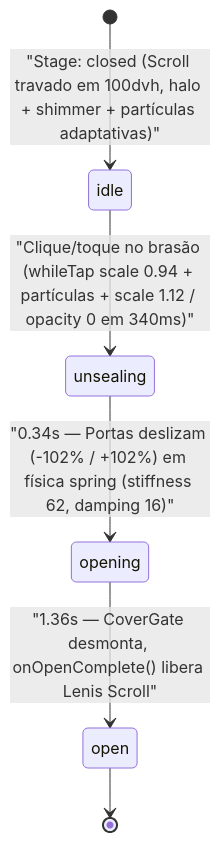
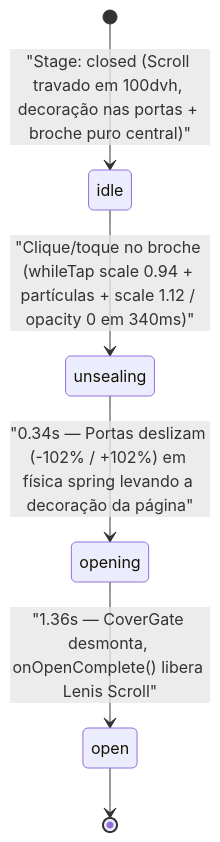
One commit to gomeslxy/carol-convite changed the diagram in Docs/02-envelope-3d-e-animacoes.md. Above: the diagram before and after it, drawn with Mermaid. The commit also changed other lines of this file and 10 other files, not shown here.

````diff
--- a/Docs/02-envelope-3d-e-animacoes.md
+++ b/Docs/02-envelope-3d-e-animacoes.md
@@ -34,8 +34,8 @@
 ```mermaid
 stateDiagram-v2
-    [*] --> idle : "Stage: closed (Scroll travado em 100dvh, halo + shimmer + partículas adaptativas)"
-    idle --> unsealing : "Clique/toque no brasão (whileTap scale 0.94 + partículas + scale 1.12 / opacity 0 em 340ms)"
-    unsealing --> opening : "0.34s — Portas deslizam (-102% / +102%) em física spring (stiffness 62, damping 16)"
+    [*] --> idle : "Stage: closed (Scroll travado em 100dvh, decoração nas portas + broche puro central)"
+    idle --> unsealing : "Clique/toque no broche (whileTap scale 0.94 + partículas + scale 1.12 / opacity 0 em 340ms)"
+    unsealing --> opening : "0.34s — Portas deslizam (-102% / +102%) em física spring levando a decoração da página"
     opening --> open : "1.36s — CoverGate desmonta, onOpenComplete() libera Lenis Scroll"
     open --> [*]
 ```
````
